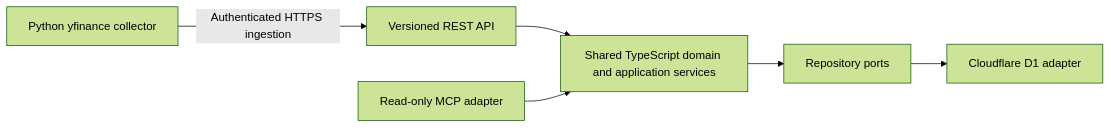
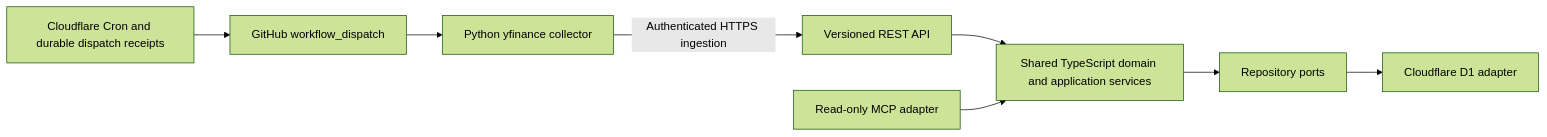
Before and after one commit to damienSavoldelli/pea-tracker: the diagram in README.md, drawn with Mermaid (forest theme). The commit also changed other lines of this file and 16 other files, not shown here.

````diff
--- a/README.md
+++ b/README.md
@@ -23,8 +25,10 @@
 ```mermaid
 flowchart LR
   REST[Versioned REST API] --> Services[Shared TypeScript domain and application services]
   MCP[Read-only MCP adapter] --> Services
   Services --> Ports[Repository ports]
   Ports --> D1[Cloudflare D1 adapter]
   Collector[Python yfinance collector] -->|Authenticated HTTPS ingestion| REST
+  Cron[Cloudflare Cron and durable dispatch receipts] --> Actions[GitHub workflow_dispatch]
+  Actions --> Collector
 ```
````
